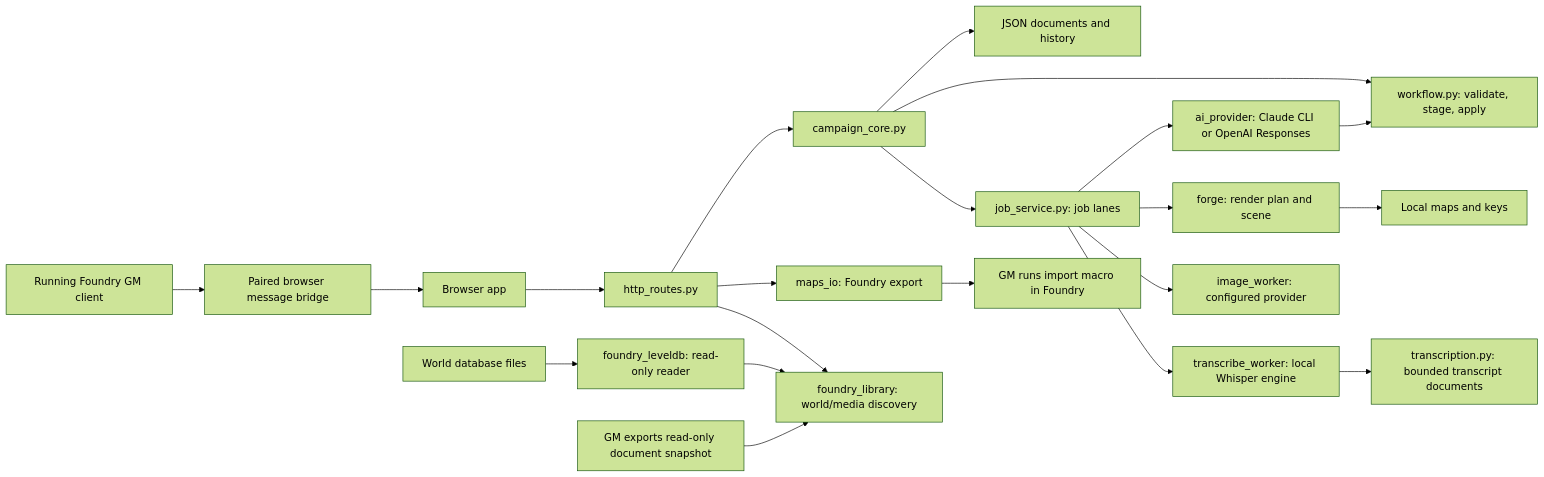
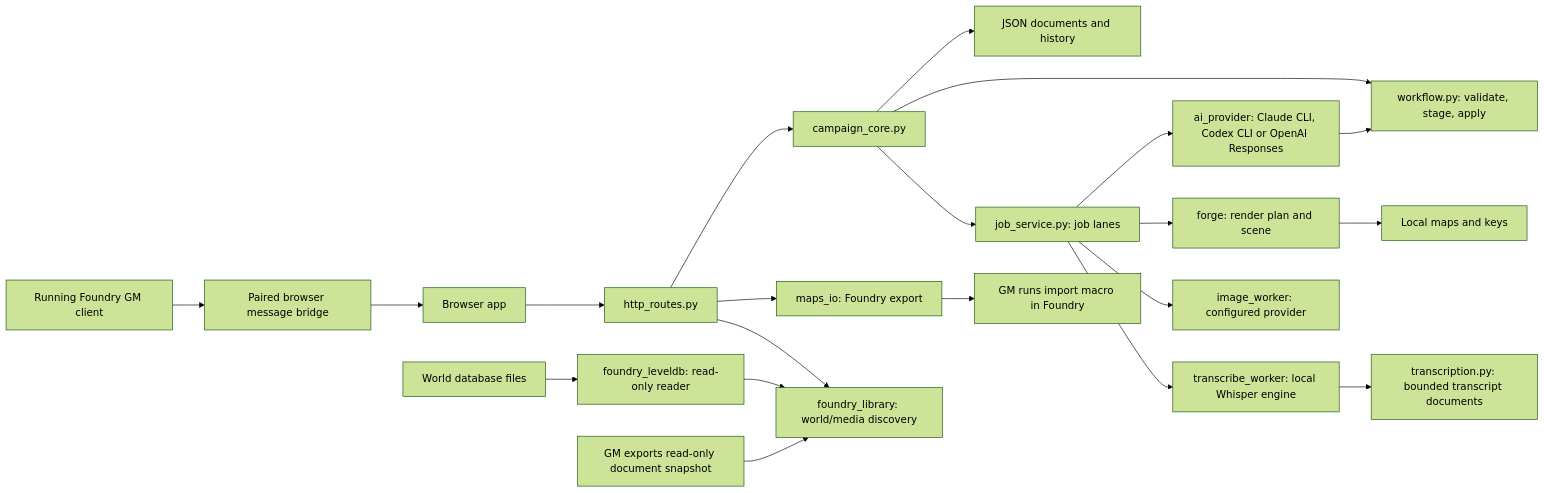
One commit to LimtlessLtd/campaign-studio changed the diagram in docs/ARCHITECTURE.md. Above: the diagram before and after it, drawn with Mermaid (forest theme). The commit also changed other lines of this file and 18 other files, not shown here.

First line of the commit message:
Add Codex as a subscription draft provider (W73)

````diff
--- a/docs/ARCHITECTURE.md
+++ b/docs/ARCHITECTURE.md
@@ -6,21 +6,21 @@
 ```mermaid
 flowchart LR
   UI[Browser app] --> HTTP[http_routes.py]
   HTTP --> Core[campaign_core.py]
   Core --> Docs[JSON documents and history]
   Core --> WF[workflow.py: validate, stage, apply]
   Core --> Queue[job_service.py: job lanes]
-  Queue --> AI[ai_provider: Claude CLI or OpenAI Responses]
+  Queue --> AI[ai_provider: Claude CLI, Codex CLI or OpenAI Responses]
   AI --> WF
   Queue --> Forge[forge: render plan and scene]
   Queue --> Art[image_worker: configured provider]
   Queue --> Speech[transcribe_worker: local Whisper engine]
   Speech --> Transcripts[transcription.py: bounded transcript documents]
   Forge --> Maps[Local maps and keys]
   HTTP --> Export[maps_io: Foundry export]
   Export --> Macro[GM runs import macro in Foundry]
   HTTP --> Library[foundry_library: world/media discovery]
   WorldFiles[World database files] --> LevelDB[foundry_leveldb: read-only reader] --> Library
   FoundrySnapshot[GM exports read-only document snapshot] --> Library
   FoundryGM[Running Foundry GM client] --> Bridge[Paired browser message bridge] --> UI
 ```
````
